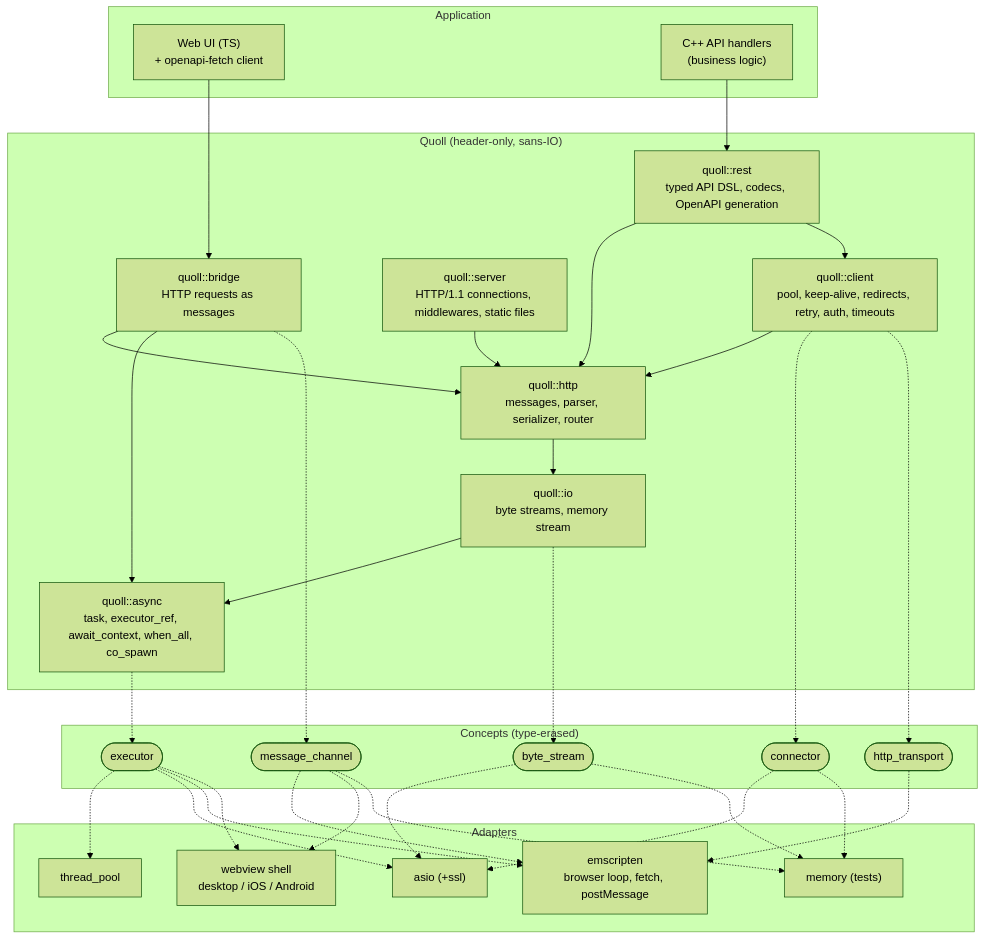
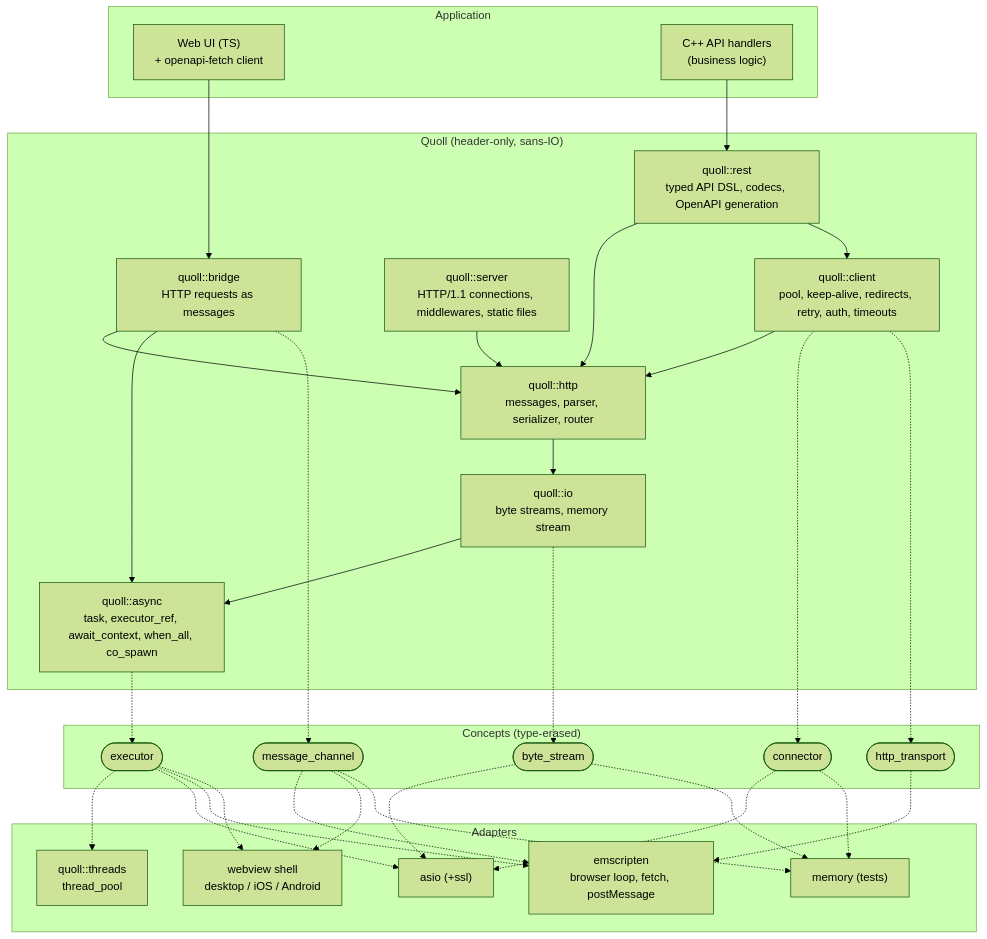
Before and after one commit to 4thlabs/quoll: the first of 9 diagrams in docs/PLAN.md, drawn with Mermaid (forest theme). The commit also changed other lines of this file and 8 other files, not shown here.

First line of the commit message:
threads: thread pool executor

````diff
--- a/docs/PLAN.md
+++ b/docs/PLAN.md
@@ -47,56 +47,56 @@
 ```mermaid
 flowchart TB
   subgraph app["Application"]
     ui["Web UI (TS)<br/>+ openapi-fetch client"]
     handlers["C++ API handlers<br/>(business logic)"]
   end
 
   subgraph quoll["Quoll (header-only, sans-IO)"]
     rest["quoll::rest<br/>typed API DSL, codecs, OpenAPI generation"]
     bridge["quoll::bridge<br/>HTTP requests as messages"]
     server["quoll::server<br/>HTTP/1.1 connections, middlewares, static files"]
     client["quoll::client<br/>pool, keep-alive, redirects, retry, auth, timeouts"]
     http["quoll::http<br/>messages, parser, serializer, router"]
     io["quoll::io<br/>byte streams, memory stream"]
     async["quoll::async<br/>task, executor_ref, await_context, when_all, co_spawn"]
   end
 
   subgraph concepts["Concepts (type-erased)"]
     executor(["executor"])
     stream(["byte_stream"])
     connector(["connector"])
     transport(["http_transport"])
     channel(["message_channel"])
   end
 
   subgraph adapters["Adapters"]
-    pool["thread_pool"]
+    pool["quoll::threads<br/>thread_pool"]
     asio["asio (+ssl)"]
     emscripten["emscripten<br/>browser loop, fetch, postMessage"]
     shell["webview shell<br/>desktop / iOS / Android"]
     memory["memory (tests)"]
   end
 
   ui --> bridge
   handlers --> rest
   rest --> http
   rest --> client
   bridge --> http
   server --> http
   client --> http
   http --> io
   io --> async
   bridge --> async
 
   io -.-> stream
   client -.-> connector
   client -.-> transport
   bridge -.-> channel
   async -.-> executor
 
   executor -.-> pool & asio & emscripten & shell
   stream -.-> asio & memory
   connector -.-> asio & memory
   transport -.-> emscripten
   channel -.-> emscripten & shell & memory
 ```
````
